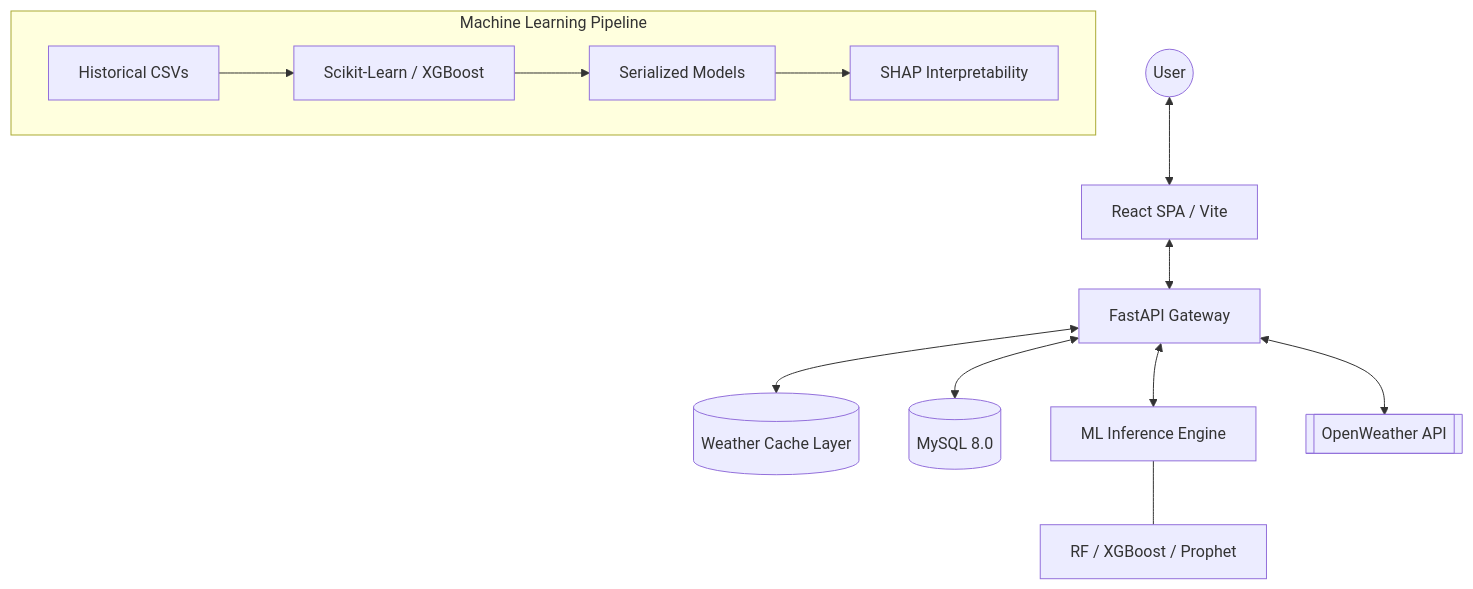
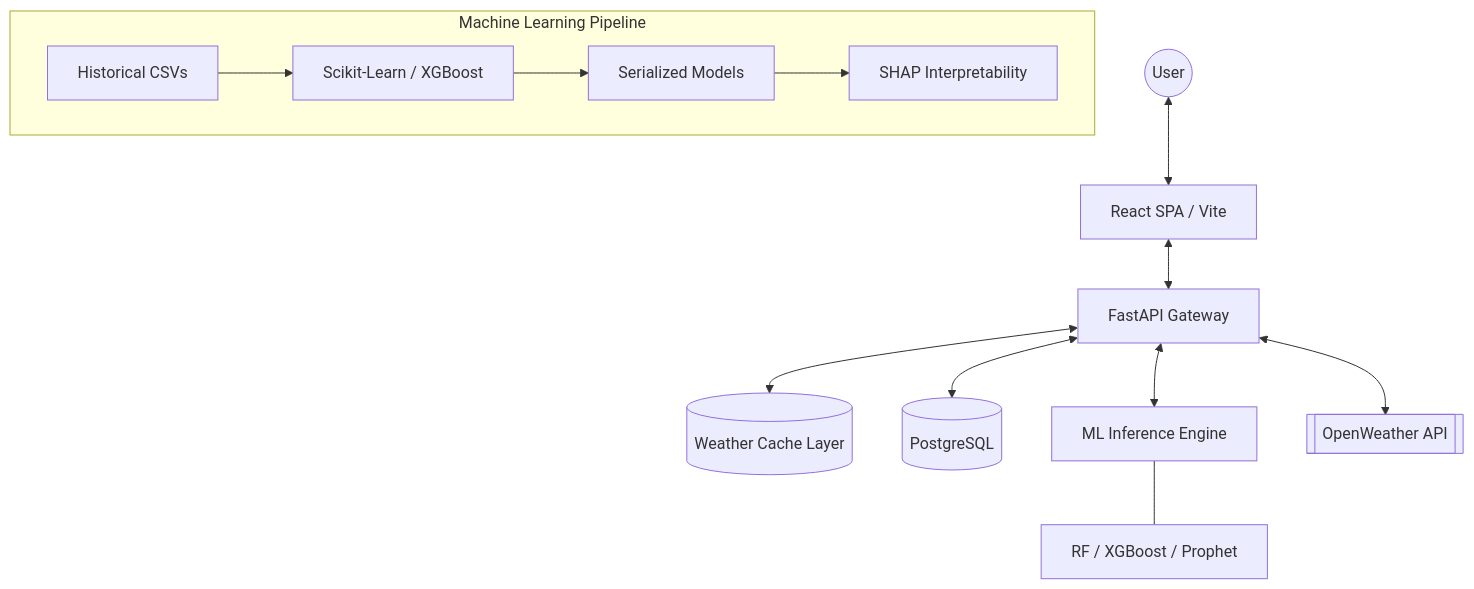
One commit to snehas-05/Clima-Cast changed the diagram in README.md. Above: the diagram before and after it, drawn with Mermaid. The commit also changed other lines of this file and 4 other files, not shown here.

Commit message:
feat: implement PostgreSQL database connection, user preferences routes, and update documentation

````diff
--- a/README.md
+++ b/README.md
@@ -76,16 +76,16 @@
 ```mermaid
 graph TD
     User((User)) <--> Frontend[React SPA / Vite]
     Frontend <--> API[FastAPI Gateway]
     API <--> Cache[(Weather Cache Layer)]
-    API <--> DB[(MySQL 8.0)]
+    API <--> DB[(PostgreSQL)]
     API <--> ML[ML Inference Engine]
     ML --- Models[RF / XGBoost / Prophet]
     API <--> OpenWeather[[OpenWeather API]]
     
     subgraph "Machine Learning Pipeline"
     Data[Historical CSVs] --> Training[Scikit-Learn / XGBoost]
     Training --> Joblib[Serialized Models]
     Joblib --> Inference[SHAP Interpretability]
     end
 ```
````
